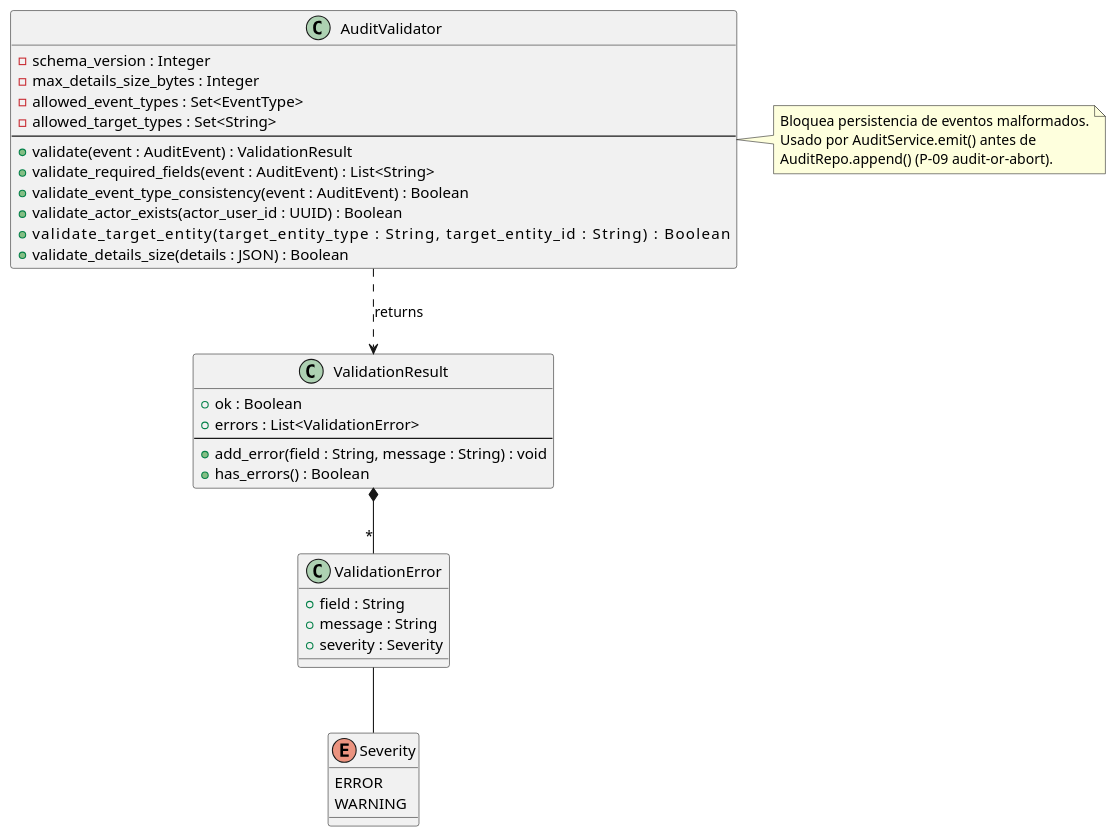
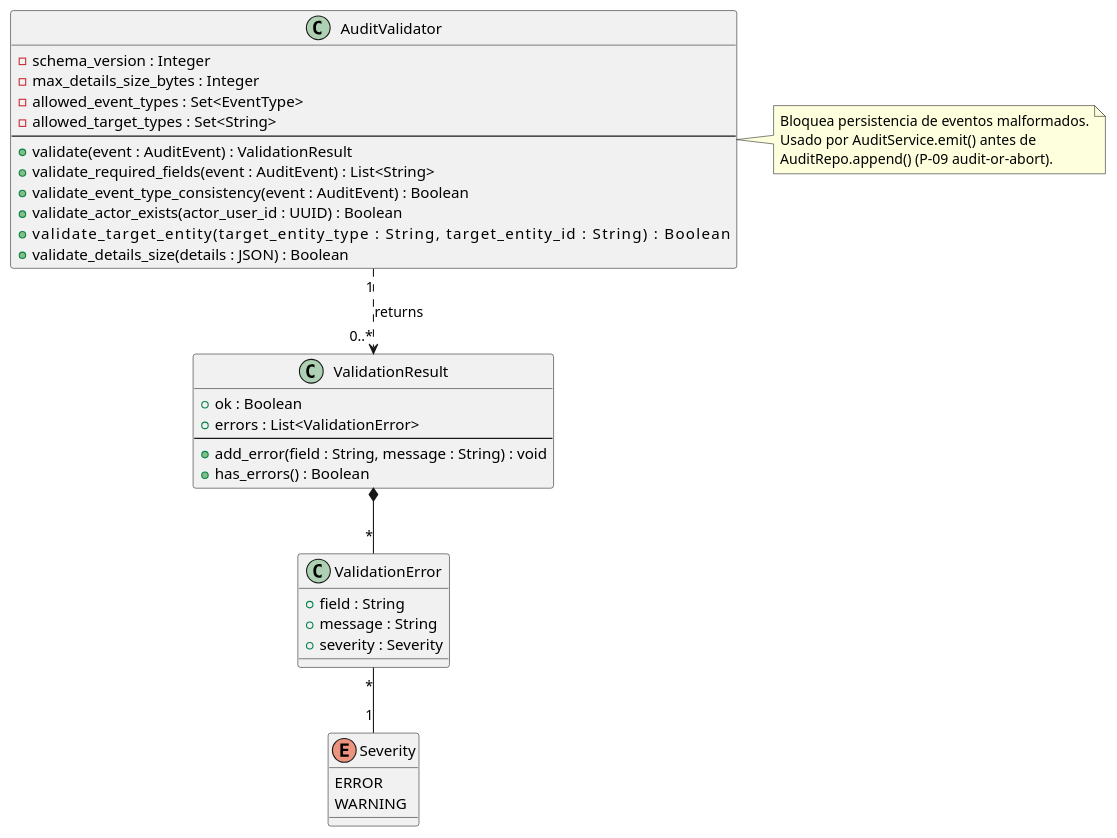
Before and after one commit to jcg-admin/IACT-docs: the diagram in source/arquitectura-tecnica/domain-model/audit-validator.rst, drawn with PlantUML. The commit also changed 44 other files, not shown here.

First line of the commit message:
Apply UML rigor pass batch 3: sweep multiplicities + checklist

```diff
--- a/source/arquitectura-tecnica/domain-model/audit-validator.rst
+++ b/source/arquitectura-tecnica/domain-model/audit-validator.rst
@@ -31,51 +31,51 @@
 .. uml::
  :caption: Clase AuditValidator — gate de admisibilidad de
            eventos antes de persistir (CNST-025, P-09).
 
  @startuml
 
  class AuditValidator {
    - schema_version : Integer
    - max_details_size_bytes : Integer
    - allowed_event_types : Set<EventType>
    - allowed_target_types : Set<String>
    --
    + validate(event : AuditEvent) : ValidationResult
    + validate_required_fields(event : AuditEvent) : List<String>
    + validate_event_type_consistency(event : AuditEvent) : Boolean
    + validate_actor_exists(actor_user_id : UUID) : Boolean
    + validate_target_entity(target_entity_type : String, \
                              target_entity_id : String) : Boolean
    + validate_details_size(details : JSON) : Boolean
  }
 
  class ValidationResult {
    + ok : Boolean
    + errors : List<ValidationError>
    --
    + add_error(field : String, message : String) : void
    + has_errors() : Boolean
  }
 
  class ValidationError {
    + field : String
    + message : String
    + severity : Severity
  }
 
  enum Severity {
    ERROR
    WARNING
  }
 
- AuditValidator ..> ValidationResult : returns
+ AuditValidator "1" ..> "0..*" ValidationResult : returns
  ValidationResult *-- "*" ValidationError
- ValidationError -- Severity
+ ValidationError "*" -- "1" Severity
 
  note right of AuditValidator
    Bloquea persistencia de eventos malformados.
    Usado por AuditService.emit() antes de
    AuditRepo.append() (P-09 audit-or-abort).
  end note
 
  @enduml
```
